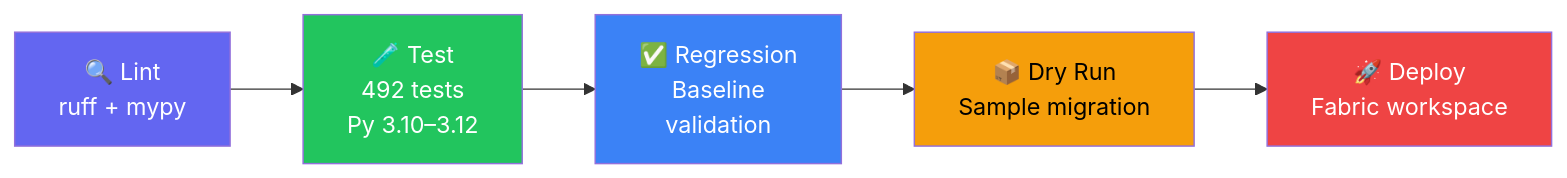
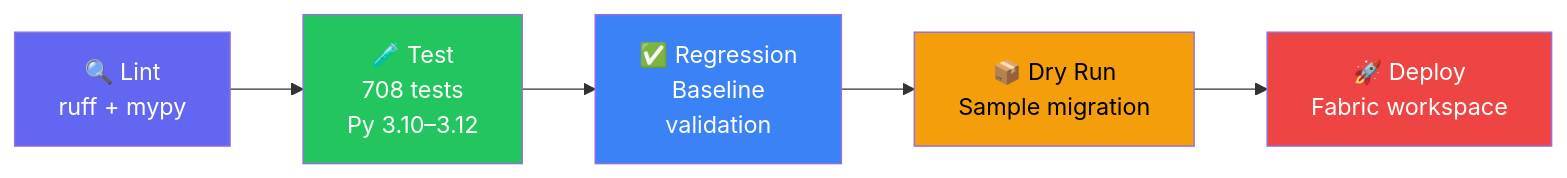
One commit to cyphou/SSIStoFabric changed the second of 2 diagrams in README.md. Above: the diagram before and after it, drawn with Mermaid. The commit also changed other lines of this file and 96 other files, not shown here.

````diff
--- a/README.md
+++ b/README.md
@@ -614,13 +622,13 @@
 ```mermaid
 flowchart LR
-    L["🔍 Lint\nruff + mypy"] --> T["🧪 Test\n492 tests\nPy 3.10–3.12"]
+    L["🔍 Lint\nruff + mypy"] --> T["🧪 Test\n708 tests\nPy 3.10–3.12"]
     T --> R["✅ Regression\nBaseline\nvalidation"]
     R --> D["📦 Dry Run\nSample migration"]
     D --> P["🚀 Deploy\nFabric workspace"]
     
     style L fill:#6366f1,color:#fff
     style T fill:#22c55e,color:#fff
     style R fill:#3b82f6,color:#fff
     style D fill:#f59e0b,color:#000
     style P fill:#ef4444,color:#fff
 ```
````
